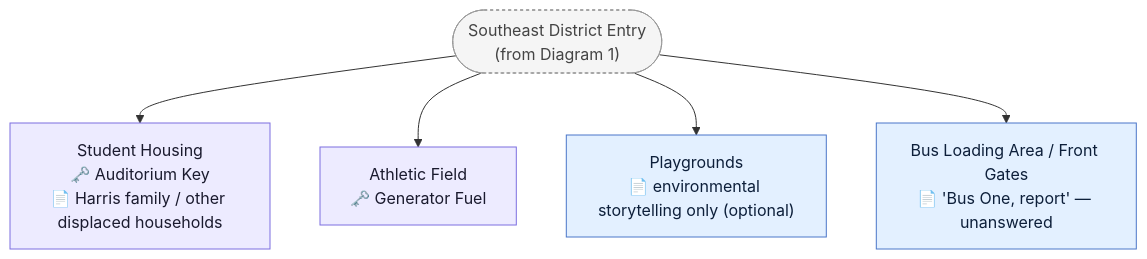
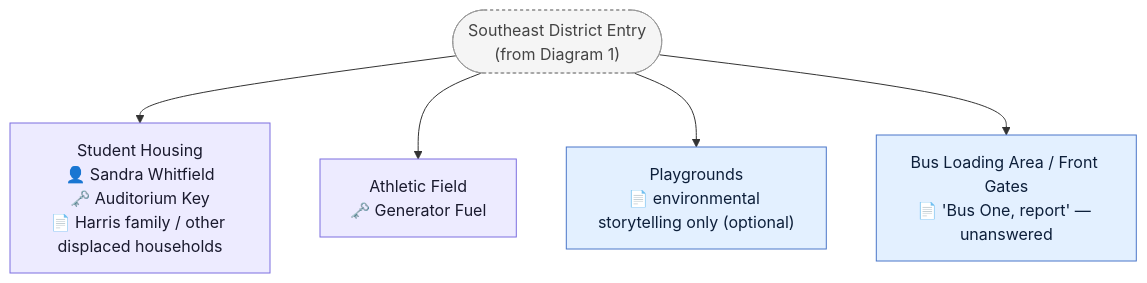
The fifth of 5 diagrams in DESIGN/Locations/Academy.md (GIToez/Deadlock-Design), drawn with Mermaid before and after one commit. The commit also changed other lines of this file and 15 other files, not shown here.

````diff
--- a/DESIGN/Locations/Academy.md
+++ b/DESIGN/Locations/Academy.md
@@ -512,20 +516,20 @@
 ```mermaid
 flowchart TD
     ENTRYREF(["Southeast District Entry<br/>(from Diagram 1)"])
-    HOUSING["Student Housing<br/>🗝️ Auditorium Key<br/>📄 Harris family / other displaced households"]
+    HOUSING["Student Housing<br/>👤 Sandra Whitfield<br/>🗝️ Auditorium Key<br/>📄 Harris family / other displaced households"]
     FIELD["Athletic Field<br/>🗝️ Generator Fuel"]
     PLAYGROUND["Playgrounds<br/>📄 environmental storytelling only (optional)"]
     BUS["Bus Loading Area / Front Gates<br/>📄 'Bus One, report' — unanswered"]
 
     ENTRYREF --> HOUSING
     ENTRYREF --> FIELD
     ENTRYREF --> PLAYGROUND
     ENTRYREF --> BUS
 
     classDef room fill:#EDEBFF,stroke:#7C6EE0,color:#1a1a2e
     classDef exterior fill:#E3F0FF,stroke:#4A76C9,color:#0d1f3a
     classDef ref fill:#F5F5F5,stroke:#999999,color:#444444,stroke-dasharray:3 3
     class ENTRYREF ref
     class HOUSING,FIELD room
     class PLAYGROUND,BUS exterior
 ```
````
